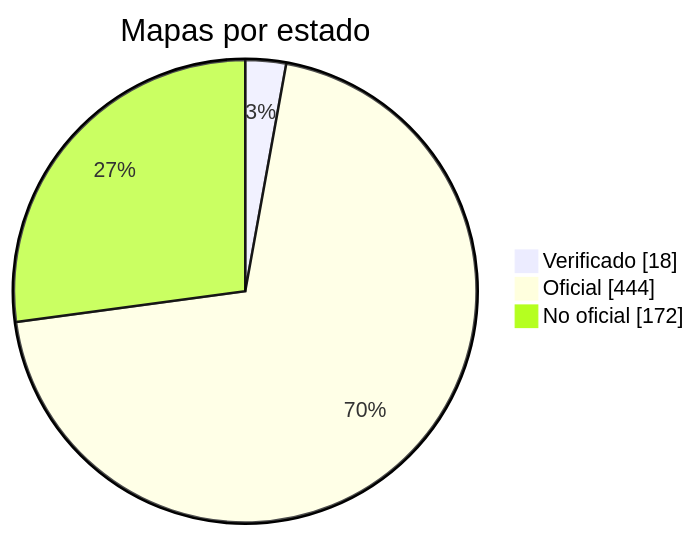
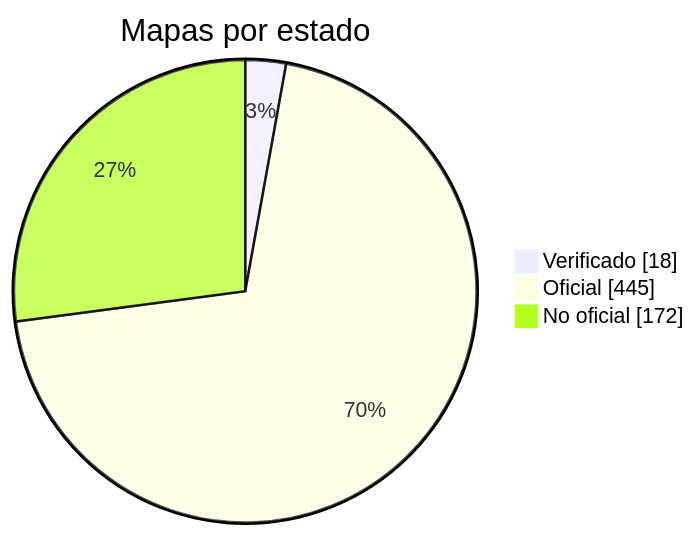
The diagram in docs/readme/README_ES.md (nobrega8/mbmap-library), drawn with Mermaid before and after one commit. The commit also changed 6 other files, not shown here.

````diff
--- a/docs/readme/README_ES.md
+++ b/docs/readme/README_ES.md
@@ -54,7 +54,7 @@
 ```mermaid
 pie showData
     title Mapas por estado
     "Verificado" : 18
-    "Oficial" : 444
+    "Oficial" : 445
     "No oficial" : 172
 ```
````
